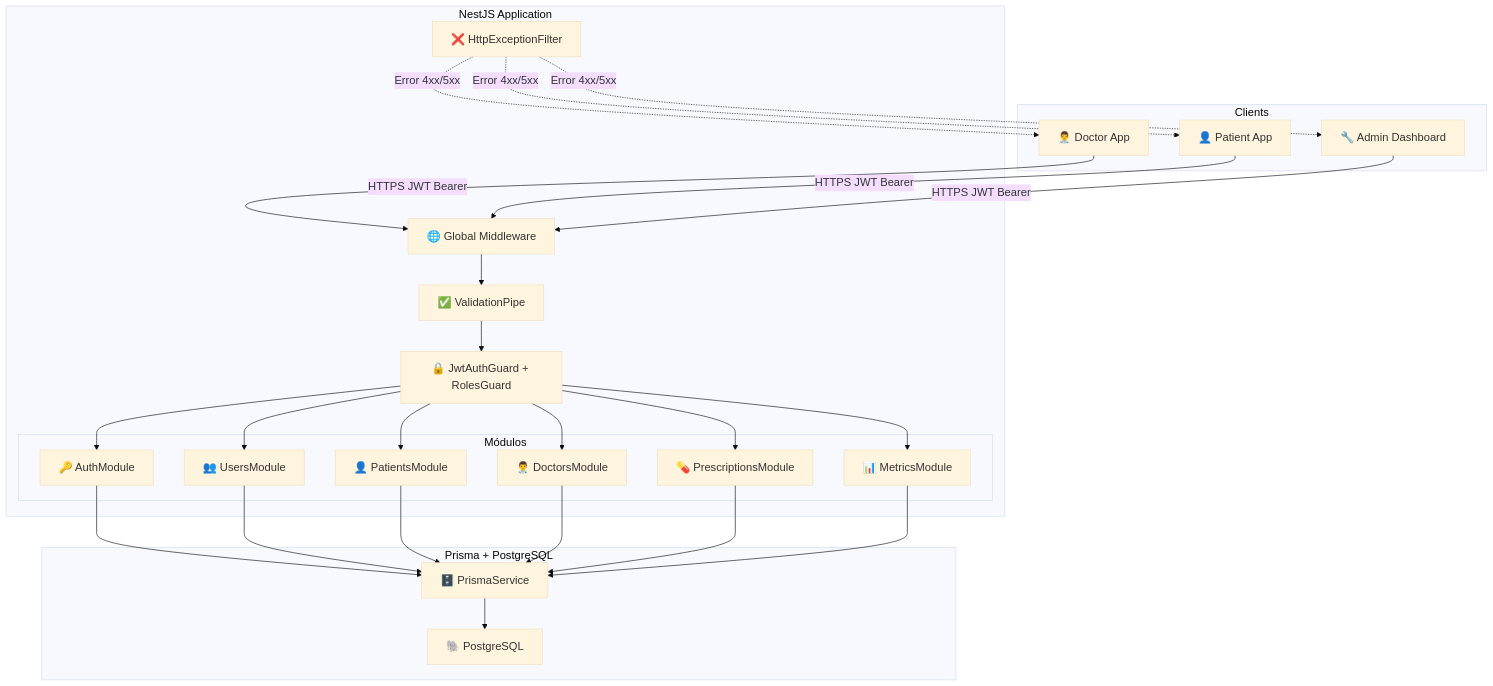
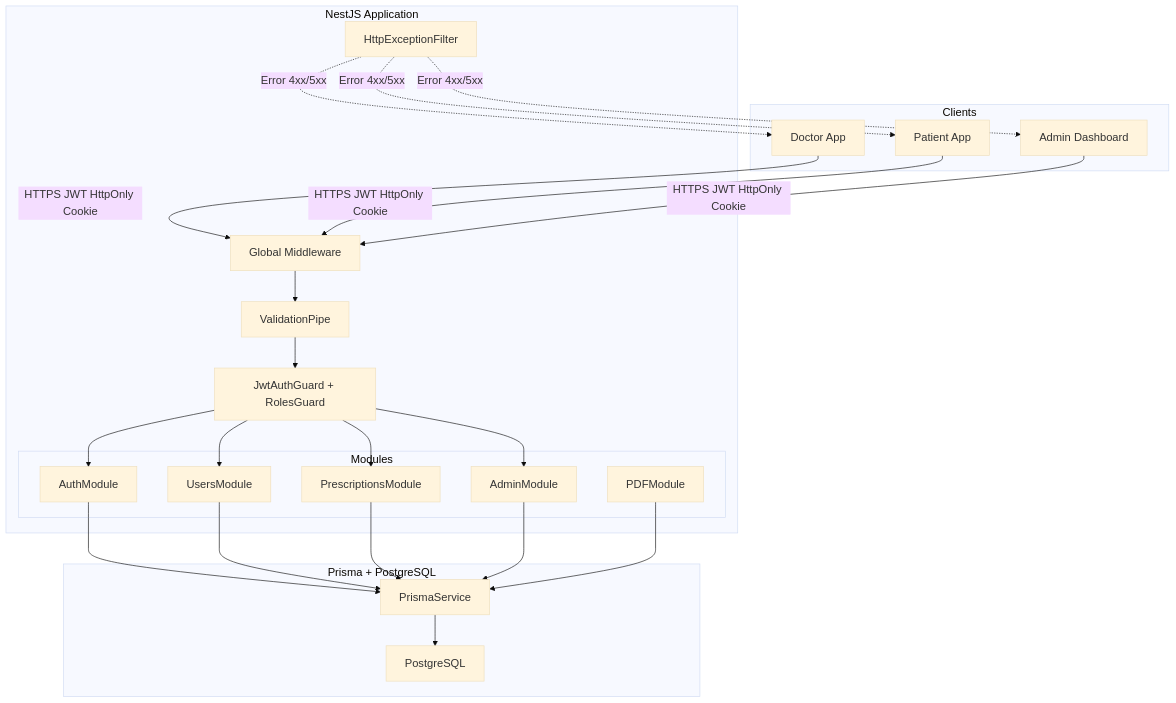
Before and after one commit to CristianMz21/prescriptions-app-backend: the diagram in docs/diagrams/01-arquitectura.mmd, drawn with Mermaid. The commit also changed 27 other files, not shown here.

```diff
--- a/docs/diagrams/01-arquitectura.mmd
+++ b/docs/diagrams/01-arquitectura.mmd
@@ -1,58 +1,54 @@
 %%{init: {"theme": "base", "themeVariables": {"fontSize": "18px"}}}%%
 graph TD
     subgraph Clients
-        A["👨‍⚕️ Doctor App"]
-        B["👤 Patient App"]
-        C["🔧 Admin Dashboard"]
+        A["Doctor App"]
+        B["Patient App"]
+        C["Admin Dashboard"]
     end
 
     subgraph NestJS["NestJS Application"]
-        D["🌐 Global Middleware"]
-        E["🔒 JwtAuthGuard + RolesGuard"]
-        F["✅ ValidationPipe"]
-        G["❌ HttpExceptionFilter"]
+        D["Global Middleware"]
+        E["JwtAuthGuard + RolesGuard"]
+        F["ValidationPipe"]
+        G["HttpExceptionFilter"]
 
-        subgraph Modules["Módulos"]
-            H["🔑 AuthModule"]
-            I["👥 UsersModule"]
-            J["👤 PatientsModule"]
-            K["👨‍⚕️ DoctorsModule"]
-            L["💊 PrescriptionsModule"]
-            M["📊 MetricsModule"]
+        subgraph Modules["Modules"]
+            H["AuthModule"]
+            I["UsersModule"]
+            J["PrescriptionsModule"]
+            K["AdminModule"]
+            L["PDFModule"]
         end
     end
 
     subgraph Prisma["Prisma + PostgreSQL"]
-        N["🗄️ PrismaService"]
-        O["🐘 PostgreSQL"]
+        N["PrismaService"]
+        O["PostgreSQL"]
     end
 
-    A -->|"HTTPS JWT Bearer"| D
-    B -->|"HTTPS JWT Bearer"| D
-    C -->|"HTTPS JWT Bearer"| D
+    A -->|"HTTPS JWT HttpOnly Cookie"| D
+    B -->|"HTTPS JWT HttpOnly Cookie"| D
+    C -->|"HTTPS JWT HttpOnly Cookie"| D
 
     D --> F
     F --> E
     E --> H
     E --> I
     E --> J
     E --> K
-    E --> L
-    E --> M
 
     H --> N
     I --> N
     J --> N
     K --> N
     L --> N
-    M --> N
     N --> O
 
     G -.->|"Error 4xx/5xx"| A
     G -.->|"Error 4xx/5xx"| B
     G -.->|"Error 4xx/5xx"| C
 
     class D,G fill:#2d2d2d,stroke:#ff6b6b,color:#fff
     class E,F fill:#2d2d2d,stroke:#ffd93d,color:#fff
-    class H,I,J,K,L,M fill:#2d2d2d,stroke:#6bcb77,color:#fff
+    class H,I,J,K,L fill:#2d2d2d,stroke:#6bcb77,color:#fff
     class N,O fill:#2d2d2d,stroke:#4d96ff,color:#fff
```
